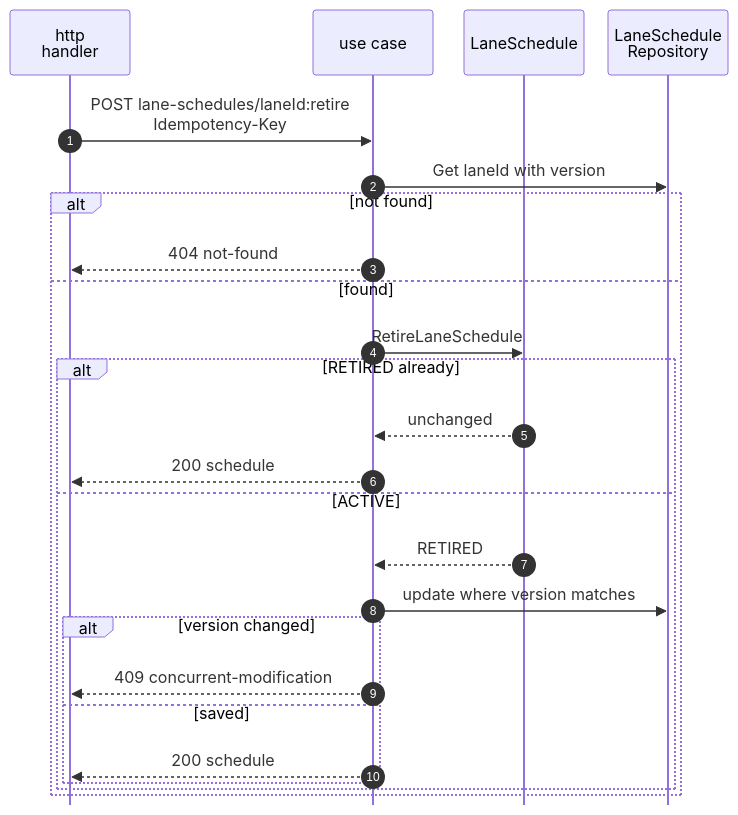
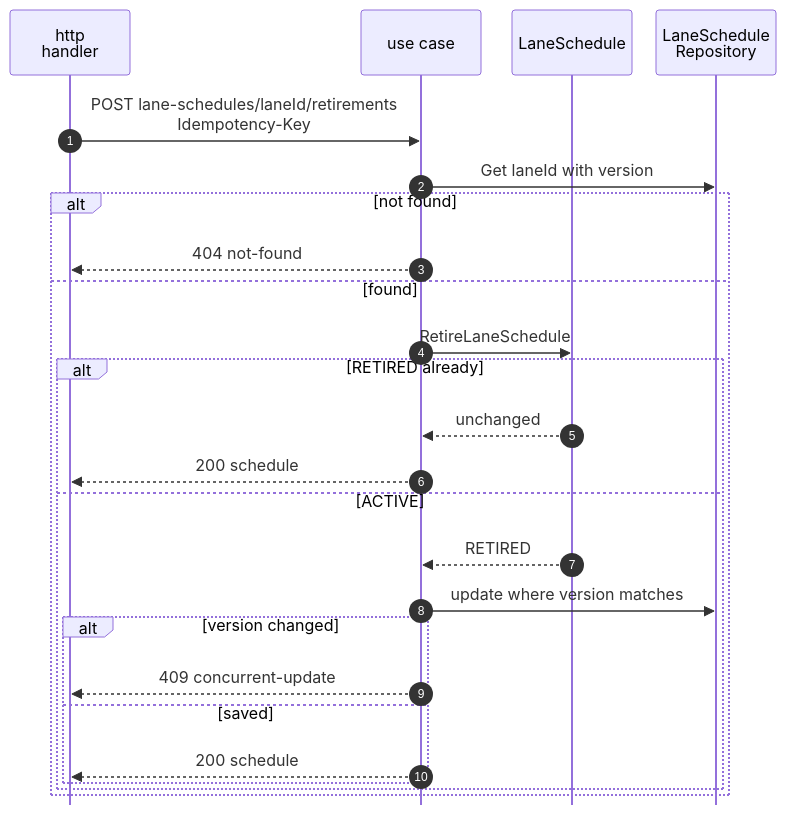
Before and after one commit to IQVO/warehouse-docs: the ninth of 15 diagrams in network/docs/contexts/linehaul-transportation/sequence-diagrams.md, drawn with Mermaid. The commit also changed other lines of this file and 8 other files, not shown here.

````diff
--- a/network/docs/contexts/linehaul-transportation/sequence-diagrams.md
+++ b/network/docs/contexts/linehaul-transportation/sequence-diagrams.md
@@ -406,28 +352,28 @@
 ```mermaid
 %%{init: {"sequence": {"wrap": true, "width": 120, "actorMargin": 24, "messageMargin": 28, "boxMargin": 6, "noteMargin": 6, "mirrorActors": false}}}%%
 sequenceDiagram
     autonumber
     participant H as http<br/>handler
     participant U as use case
     participant A as LaneSchedule
     participant R as LaneSchedule<br/>Repository
-    H->>U: POST lane-schedules/laneId:retire<br/>Idempotency-Key
+    H->>U: POST lane-schedules/laneId/retirements<br/>Idempotency-Key
     U->>R: Get laneId with version
     alt not found
         U-->>H: 404 not-found
     else found
         U->>A: RetireLaneSchedule
         alt RETIRED already
             A-->>U: unchanged
             U-->>H: 200 schedule
         else ACTIVE
             A-->>U: RETIRED
             U->>R: update where version matches
             alt version changed
-                U-->>H: 409 concurrent-modification
+                U-->>H: 409 concurrent-update
             else saved
                 U-->>H: 200 schedule
             end
         end
     end
 ```
````
